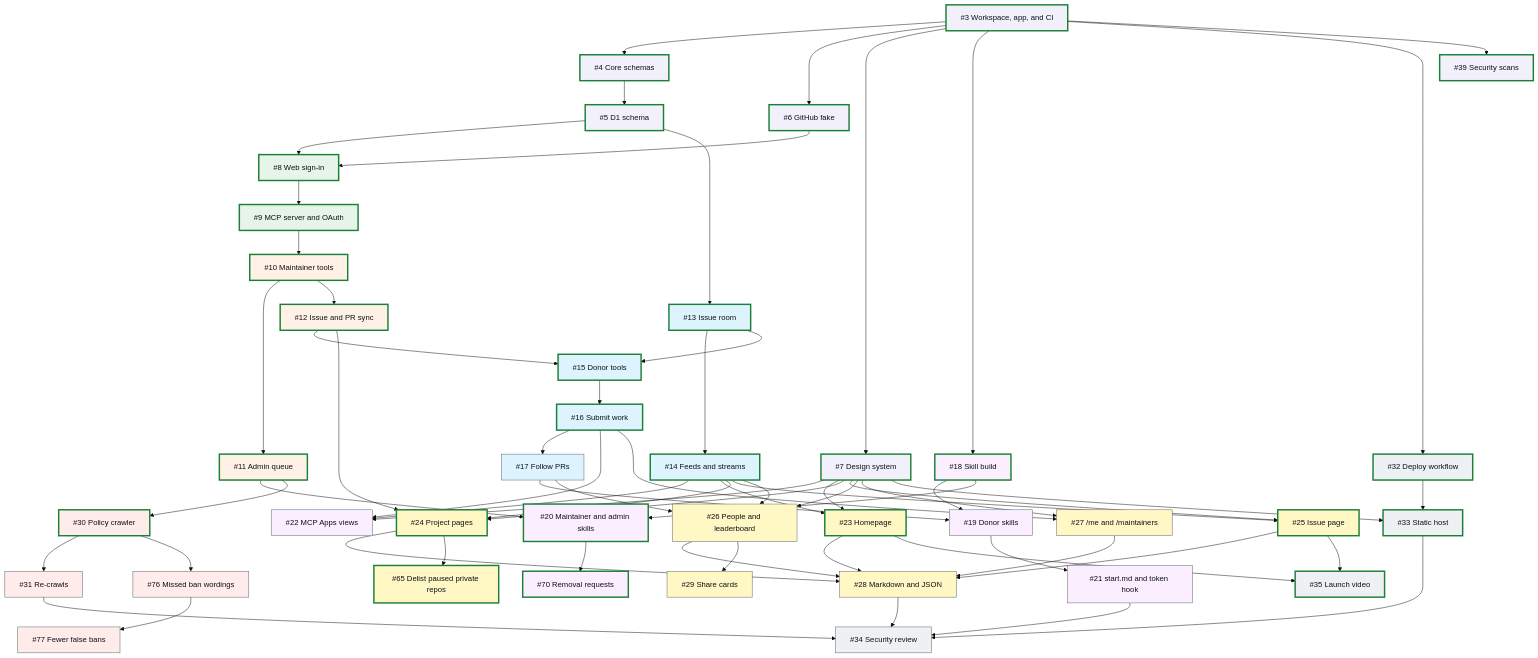
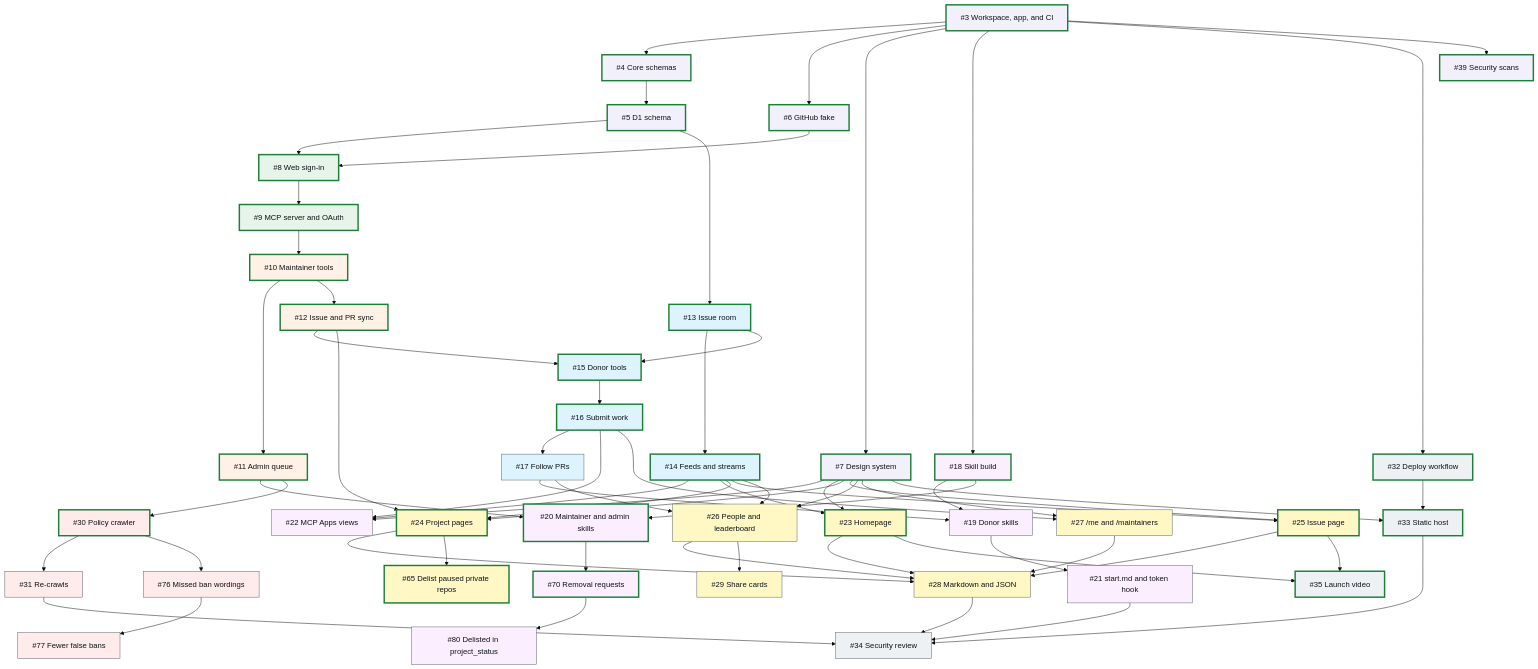
One commit to meanwhileso/goodfirsttoken changed the diagram in ROADMAP.md. Above: the diagram before and after it, drawn with Mermaid (base theme). The commit also changed other lines of this file, not shown here.

Commit message:
Add #80 to the roadmap, after #70
#80 tells a maintainer when the sync delisted their project, in
project_status and the maintain and admin skills.

```diff
--- a/ROADMAP.md
+++ b/ROADMAP.md
@@ -148,6 +149,7 @@
   n21["#21 start.md and token hook"]:::m5
   n22["#22 MCP Apps views"]:::m5
   n70["#70 Removal requests"]:::m5
+  n80["#80 Delisted in project_status"]:::m5
   n23["#23 Homepage"]:::m6
   n24["#24 Project pages"]:::m6
   n25["#25 Issue page"]:::m6
@@ -206,6 +208,7 @@
   n18 --> n20
   n19 --> n21
   n20 --> n70
+  n70 --> n80
   n21 --> n34
   n23 --> n28
   n23 --> n35
```
